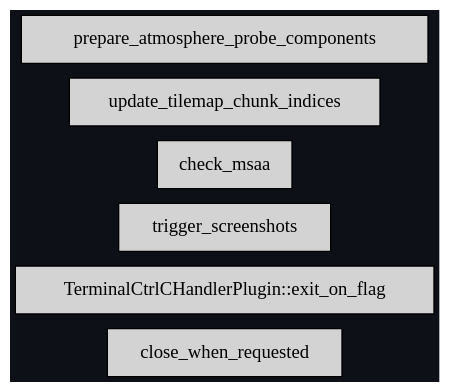
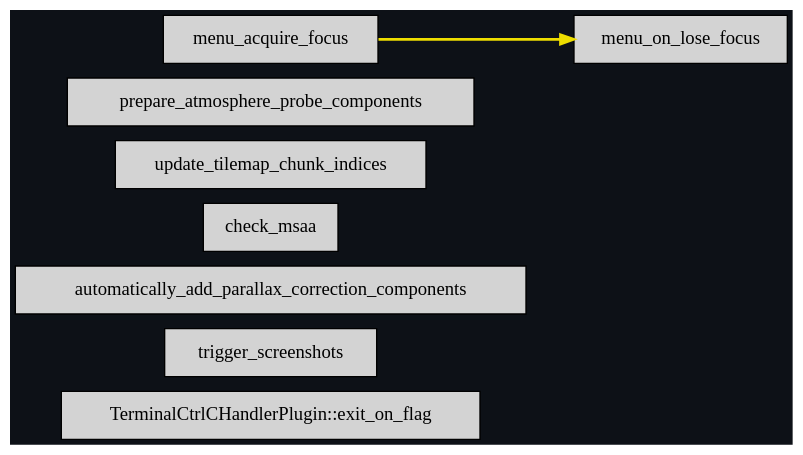
The diagram in docs/schedule/dark/schedule_Update.dot (jakobhellermann/bevy_mod_debugdump), drawn with Graphviz before and after one commit. The commit also changed 95 other files, not shown here.

```diff
--- a/docs/schedule/dark/schedule_Update.dot
+++ b/docs/schedule/dark/schedule_Update.dot
@@ -1,16 +1,19 @@
 digraph "" {
 	"compound"="true";
 	"splines"="spline";
 	"rankdir"="LR";
 	"bgcolor"="#0d1117";
 	"fontname"="Helvetica";
 	"nodesep"="0.15";
 	edge ["penwidth"="2"];
 	node ["shape"="box", "style"="filled"];
-	"node_System(SystemKey(1v1))" ["label"="close_when_requested", "tooltip"="bevy_window::system::close_when_requested"]
-	"node_System(SystemKey(2v1))" ["label"="TerminalCtrlCHandlerPlugin::exit_on_flag", "tooltip"="bevy_app::terminal_ctrl_c_handler::TerminalCtrlCHandlerPlugin::exit_on_flag"]
-	"node_System(SystemKey(3v1))" ["label"="trigger_screenshots", "tooltip"="bevy_render::view::window::screenshot::trigger_screenshots"]
+	"node_System(SystemKey(1v1))" ["label"="TerminalCtrlCHandlerPlugin::exit_on_flag", "tooltip"="bevy_app::terminal_ctrl_c_handler::TerminalCtrlCHandlerPlugin::exit_on_flag"]
+	"node_System(SystemKey(2v1))" ["label"="trigger_screenshots", "tooltip"="bevy_render::view::window::screenshot::trigger_screenshots"]
+	"node_System(SystemKey(3v1))" ["label"="automatically_add_parallax_correction_components", "tooltip"="bevy_light::probe::automatically_add_parallax_correction_components"]
 	"node_System(SystemKey(4v1))" ["label"="check_msaa", "tooltip"="bevy_core_pipeline::oit::check_msaa"]
 	"node_System(SystemKey(5v1))" ["label"="update_tilemap_chunk_indices", "tooltip"="bevy_sprite_render::tilemap_chunk::update_tilemap_chunk_indices"]
 	"node_System(SystemKey(6v1))" ["label"="prepare_atmosphere_probe_components", "tooltip"="bevy_pbr::atmosphere::environment::prepare_atmosphere_probe_components"]
+	"node_System(SystemKey(7v1))" ["label"="menu_acquire_focus", "tooltip"="bevy_ui_widgets::menu::menu_acquire_focus"]
+	"node_System(SystemKey(8v1))" ["label"="menu_on_lose_focus", "tooltip"="bevy_ui_widgets::menu::menu_on_lose_focus"]
+	"node_System(SystemKey(7v1))" -> "node_System(SystemKey(8v1))" ["lhead"="", "ltail"="", "tooltip"="menu_acquire_focus → menu_on_lose_focus", "color"="#eede00"]
 }
```
